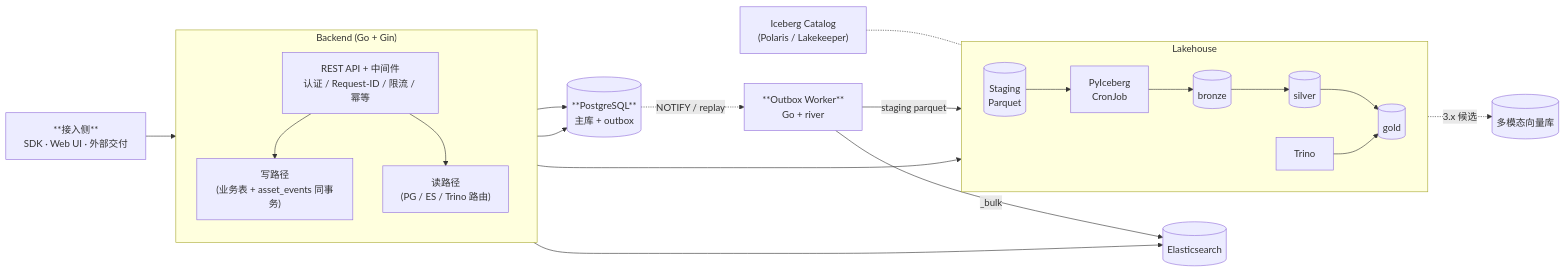
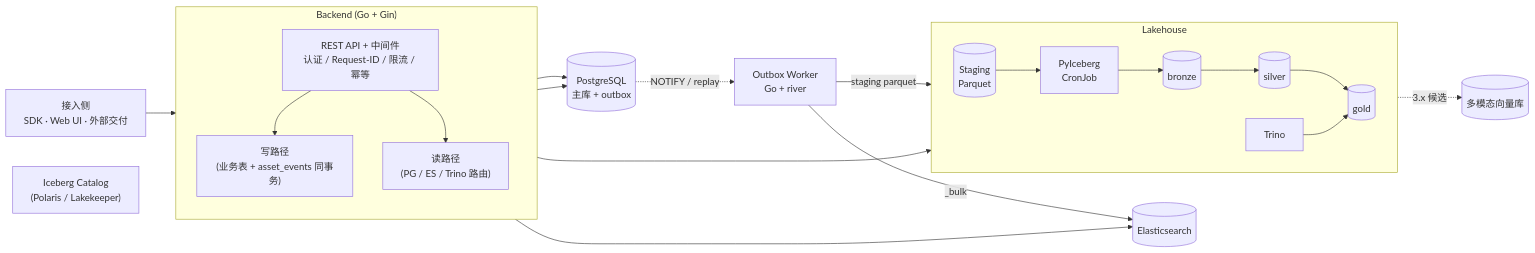
Before and after one commit to rouse2617/Databricks4robot: the first of 11 diagrams in docs/review/data-platform-design.md, drawn with Mermaid. The commit also changed other lines of this file and 1 other file, not shown here.

````diff
--- a/docs/review/data-platform-design.md
+++ b/docs/review/data-platform-design.md
@@ -88,35 +107,35 @@
 ```mermaid
 flowchart LR
-    Users["**接入侧**<br/>SDK · Web UI · 外部交付"]
+    Users[接入侧<br>SDK · Web UI · 外部交付]
 
     subgraph BE["Backend (Go + Gin)"]
         direction TB
-        API["REST API + 中间件<br/>认证 / Request-ID / 限流 / 幂等"]
-        WR["写路径<br/>(业务表 + asset_events 同事务)"]
-        RD["读路径<br/>(PG / ES / Trino 路由)"]
+        API[REST API + 中间件<br>认证 / Request-ID / 限流 / 幂等]
+        WR["写路径<br>(业务表 + asset_events 同事务)"]
+        RD["读路径<br>(PG / ES / Trino 路由)"]
         API --> WR
         API --> RD
     end
 
-    PG[("**PostgreSQL**<br/>主库 + outbox")]
-    Worker["**Outbox Worker**<br/>Go + river"]
-    ES[("Elasticsearch")]
+    PG[(PostgreSQL<br>主库 + outbox)]
+    Worker[Outbox Worker<br>Go + river]
+    ES[(Elasticsearch)]
 
-    subgraph Lake["Lakehouse"]
+    subgraph Lake[Lakehouse]
         direction LR
-        Staging[("Staging<br/>Parquet")] --> Cron["PyIceberg<br/>CronJob"]
-        Cron --> Bronze[("bronze")] --> Silver[("silver")] --> Gold[("gold")]
-        Trino["Trino"] --> Gold
+        Staging[(Staging<br>Parquet)] --> Cron[PyIceberg<br>CronJob]
+        Cron --> Bronze[(bronze)] --> Silver[(silver)] --> Gold[(gold)]
+        Trino[Trino] --> Gold
     end
-    Catalog["Iceberg Catalog<br/>(Polaris / Lakekeeper)"] -.- Bronze
+    Catalog["Iceberg Catalog<br>(Polaris / Lakekeeper)"]
 
     Users --> API
     WR --> PG
     PG -. NOTIFY / replay .-> Worker
     Worker -- _bulk --> ES
     Worker -- staging parquet --> Staging
     RD --> PG
     RD --> ES
     RD --> Trino
-    Gold -.->|3.x 候选| Vec[("多模态向量库")]
+    Gold -.->|3.x 候选| Vec[(多模态向量库)]
 ```
````
